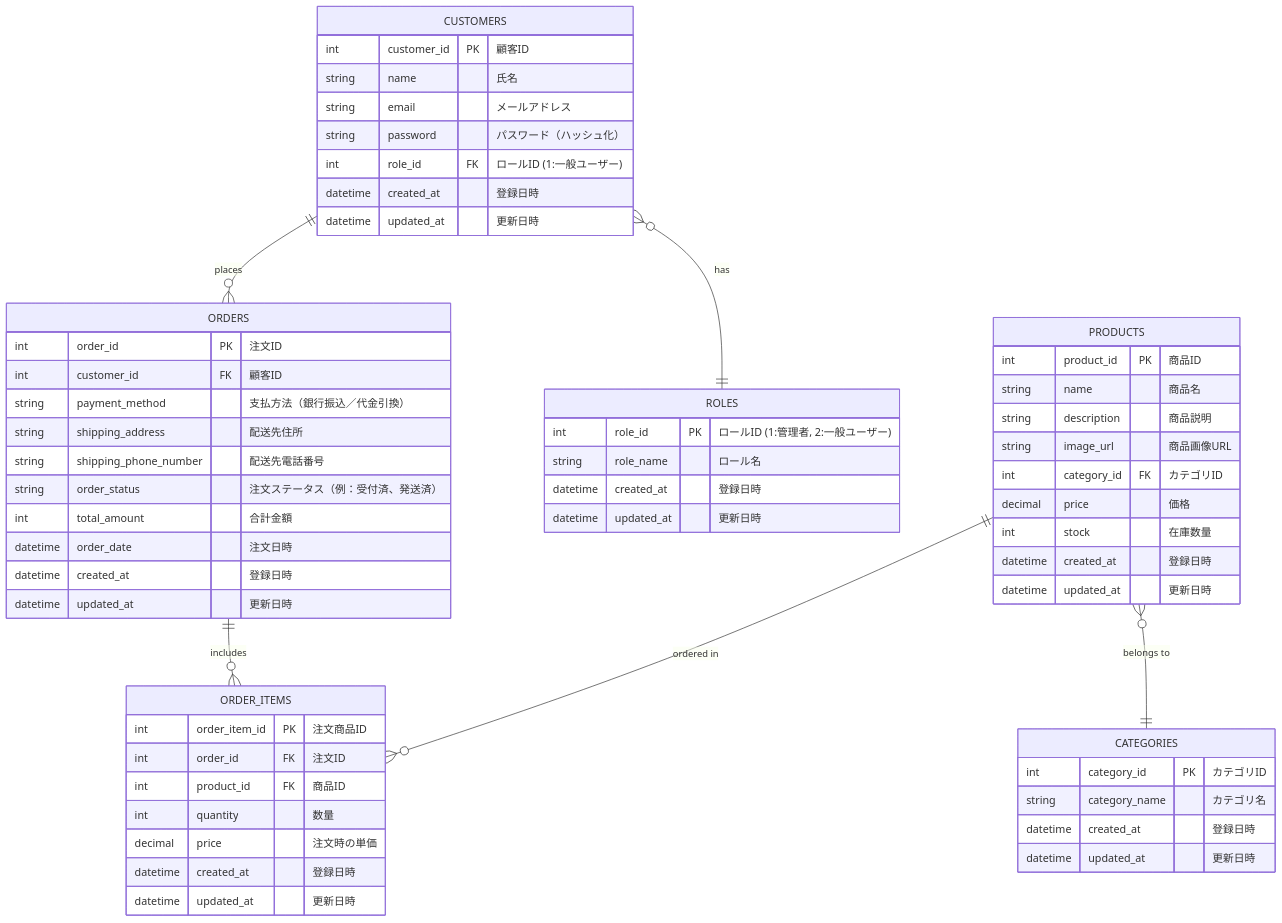
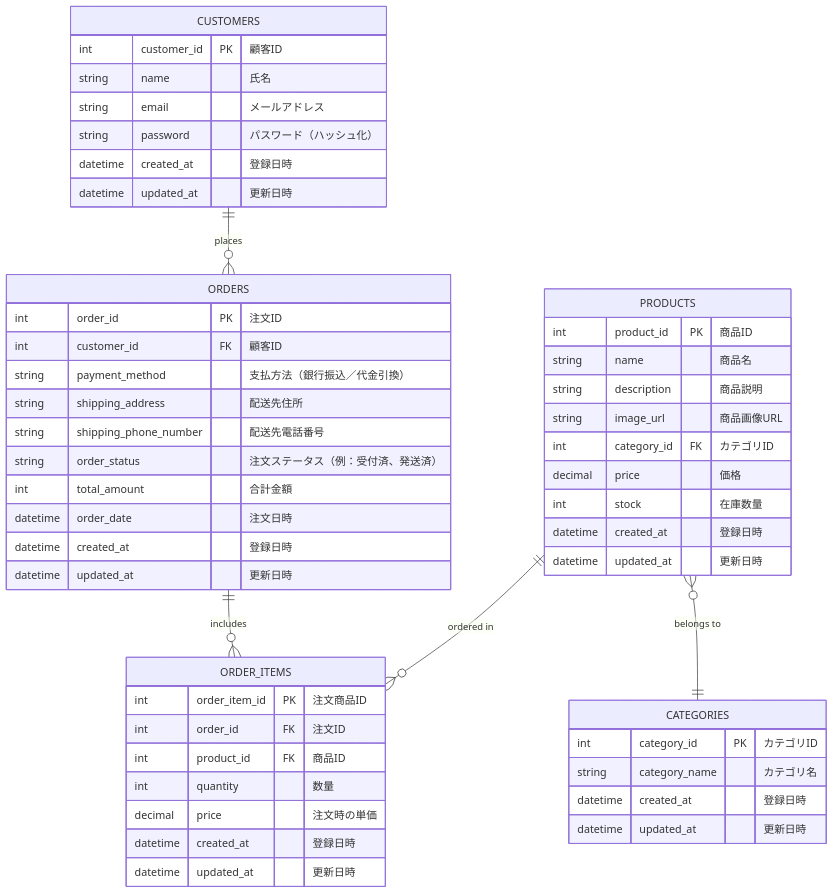
The sixth of 6 diagrams in 基本設計書/基本設計書.md (Rikumt12/Popcorn), drawn with Mermaid before and after one commit. The commit also changed 1 other file, not shown here.

Commit message:
yamashita

````diff
--- a/基本設計書/基本設計書.md
+++ b/基本設計書/基本設計書.md
@@ -375,63 +375,55 @@
 ```mermaid
 
 erDiagram
     CUSTOMERS ||--o{ ORDERS : "places"
-    CUSTOMERS }o--|| ROLES : "has"
     PRODUCTS }o--|| CATEGORIES : "belongs to"
     ORDERS ||--o{ ORDER_ITEMS : "includes"
     PRODUCTS ||--o{ ORDER_ITEMS : "ordered in"
 
     CUSTOMERS {
         int customer_id PK "顧客ID"
         string name "氏名"
         string email "メールアドレス"
         string password "パスワード（ハッシュ化）"
-        int role_id FK "ロールID (1:一般ユーザー)"
-        datetime created_at "登録日時"
-        datetime updated_at "更新日時"
-    }
-    ROLES {
-        int role_id PK "ロールID (1:管理者, 2:一般ユーザー)"
-        string role_name "ロール名"
         datetime created_at "登録日時"
         datetime updated_at "更新日時"
     }
     PRODUCTS {
         int product_id PK "商品ID"
         string name "商品名"
         string description "商品説明"
         string image_url "商品画像URL"
         int category_id FK "カテゴリID"
         decimal price "価格"
         int stock "在庫数量"
         datetime created_at "登録日時"
         datetime updated_at "更新日時"
     }
     CATEGORIES {
         int category_id PK "カテゴリID"
         string category_name "カテゴリ名"
         datetime created_at "登録日時"
         datetime updated_at "更新日時"
     }
     ORDERS {
         int order_id PK "注文ID"
         int customer_id FK "顧客ID"
         string payment_method "支払方法（銀行振込／代金引換）"
         string shipping_address "配送先住所"
         string shipping_phone_number "配送先電話番号"
         string order_status "注文ステータス（例：受付済、発送済）"
         int total_amount "合計金額"
         datetime order_date "注文日時"
         datetime created_at "登録日時"
         datetime updated_at "更新日時"
     }
     ORDER_ITEMS {
         int order_item_id PK "注文商品ID"
         int order_id FK "注文ID"
         int product_id FK "商品ID"
         int quantity "数量"
         decimal price "注文時の単価"
         datetime created_at "登録日時"
         datetime updated_at "更新日時"
     }
 ```
````
